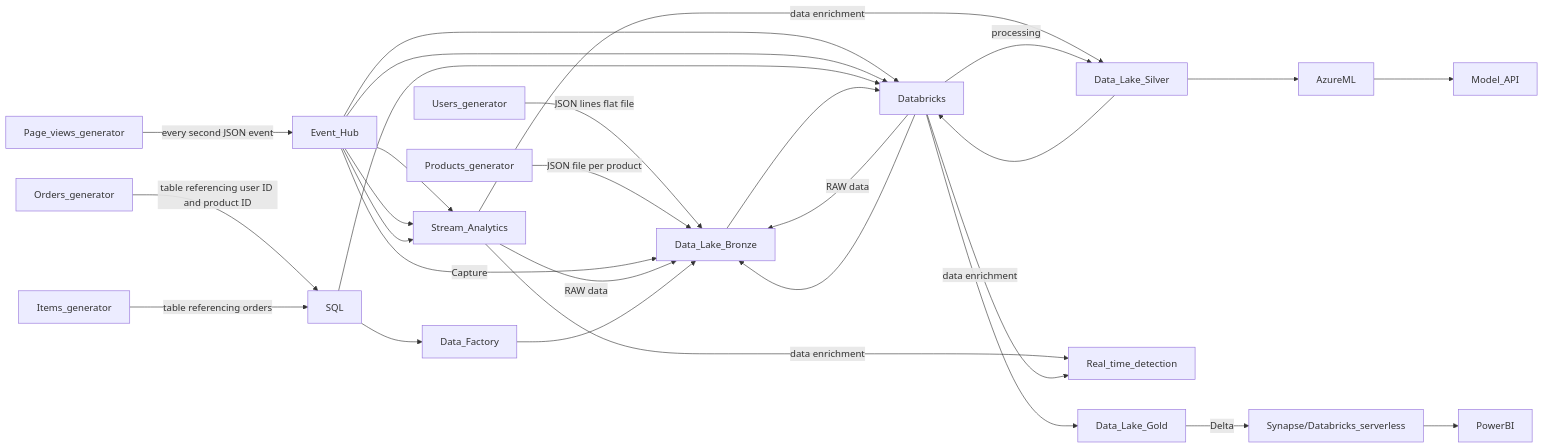
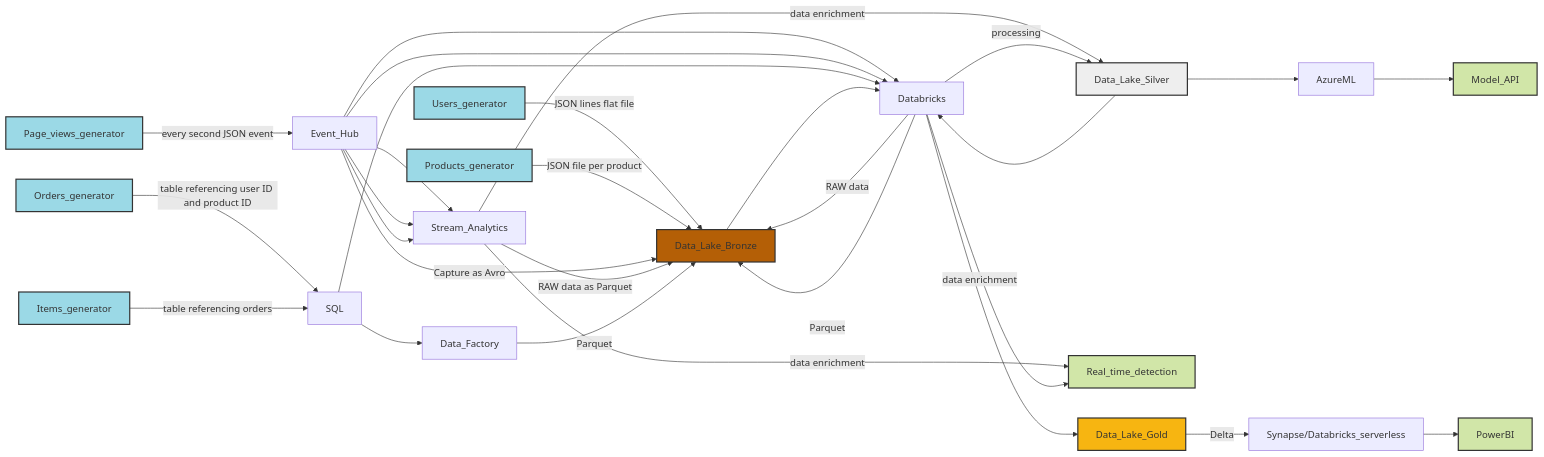
The second of 2 diagrams in README.md (tkubica12/dataplayground), drawn with Mermaid before and after one commit. The commit also changed other lines of this file, not shown here.

Commit message:
colorize diagrams

````diff
--- a/README.md
+++ b/README.md
@@ -31,20 +35,31 @@
 ```mermaid
 graph LR;
     Users_generator -- JSON lines flat file --> Data_Lake_Bronze;
     Products_generator -- JSON file per product --> Data_Lake_Bronze;
     Orders_generator -- table referencing user ID and product ID --> SQL;
     Items_generator -- table referencing orders --> SQL;
     Page_views_generator -- every second JSON event --> Event_Hub;
-    Event_Hub -- Capture --> Data_Lake_Bronze;
-    Event_Hub --> Stream_Analytics -- RAW data --> Data_Lake_Bronze;
+    Event_Hub -- Capture as Avro --> Data_Lake_Bronze;
+    Event_Hub --> Stream_Analytics -- RAW data as Parquet --> Data_Lake_Bronze;
     Event_Hub --> Stream_Analytics -- data enrichment --> Data_Lake_Silver;
     Event_Hub --> Stream_Analytics -- data enrichment --> Real_time_detection;
     Event_Hub --> Databricks -- RAW data --> Data_Lake_Bronze;
     Event_Hub --> Databricks -- data enrichment --> Real_time_detection;
-    SQL --> Data_Factory --> Data_Lake_Bronze;
-    SQL --> Databricks --> Data_Lake_Bronze;
+    SQL --> Data_Factory -- Parquet --> Data_Lake_Bronze;
+    SQL --> Databricks -- Parquet --> Data_Lake_Bronze;
     Data_Lake_Bronze --> Databricks -- processing --> Data_Lake_Silver;
     Data_Lake_Silver --> AzureML --> Model_API;
     Data_Lake_Silver --> Databricks --> Data_Lake_Gold;
     Data_Lake_Gold -- Delta --> Synapse/Databricks_serverless --> PowerBI;
+
+    
+    classDef generators fill:#9bd9e6,stroke:#333,stroke-width:2px;
+    class Users_generator,Products_generator,Orders_generator,Items_generator,Page_views_generator generators;
+
+    style Data_Lake_Bronze fill:#b45f06,stroke:#333,stroke-width:2px
+    style Data_Lake_Silver fill:#eeeeee,stroke:#333,stroke-width:2px
+    style Data_Lake_Gold fill:#f7b511,stroke:#333,stroke-width:2px
+        
+    classDef endstate fill:#d1e6a8,stroke:#333,stroke-width:2px;
+    class Model_API,PowerBI,Real_time_detection endstate;
 ```
````
